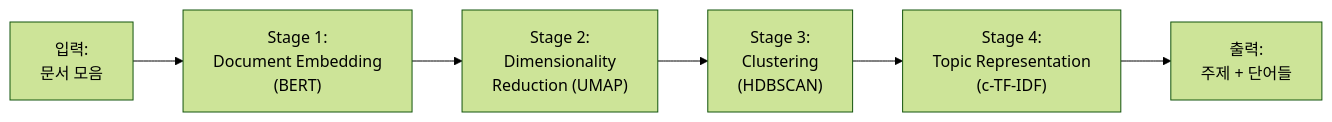
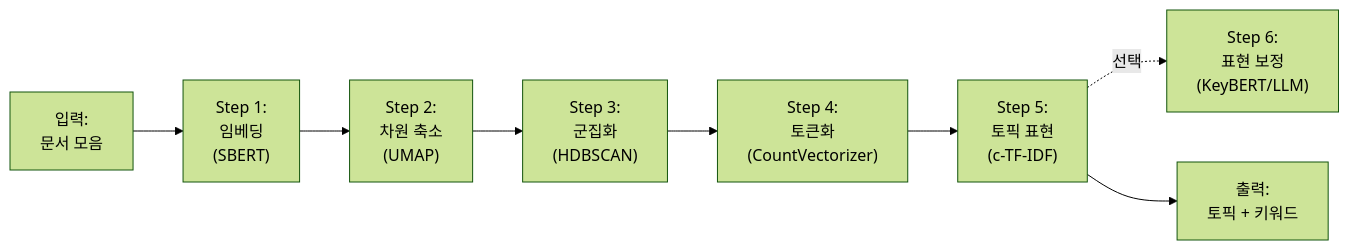
Before and after one commit to LeeSeogMin/2026NLP: the diagram in docs/ch8A.md, drawn with Mermaid (forest theme). The commit also changed other lines of this file and 37 other files, not shown here.

````diff
--- a/docs/ch8A.md
+++ b/docs/ch8A.md
@@ -208,8 +277,10 @@
 ```mermaid
 flowchart LR
-    A["입력:<br/>문서 모음"] --> B["Stage 1:<br/>Document Embedding<br/>(BERT)"]
-    B --> C["Stage 2:<br/>Dimensionality<br/>Reduction (UMAP)"]
-    C --> D["Stage 3:<br/>Clustering<br/>(HDBSCAN)"]
-    D --> E["Stage 4:<br/>Topic Representation<br/>(c-TF-IDF)"]
-    E --> F["출력:<br/>주제 + 단어들"]
+    A["입력:<br/>문서 모음"] --> B["Step 1:<br/>임베딩<br/>(SBERT)"]
+    B --> C["Step 2:<br/>차원 축소<br/>(UMAP)"]
+    C --> D["Step 3:<br/>군집화<br/>(HDBSCAN)"]
+    D --> E["Step 4:<br/>토큰화<br/>(CountVectorizer)"]
+    E --> F["Step 5:<br/>토픽 표현<br/>(c-TF-IDF)"]
+    F -. 선택 .-> G["Step 6:<br/>표현 보정<br/>(KeyBERT/LLM)"]
+    F --> H["출력:<br/>토픽 + 키워드"]
 ```
````
